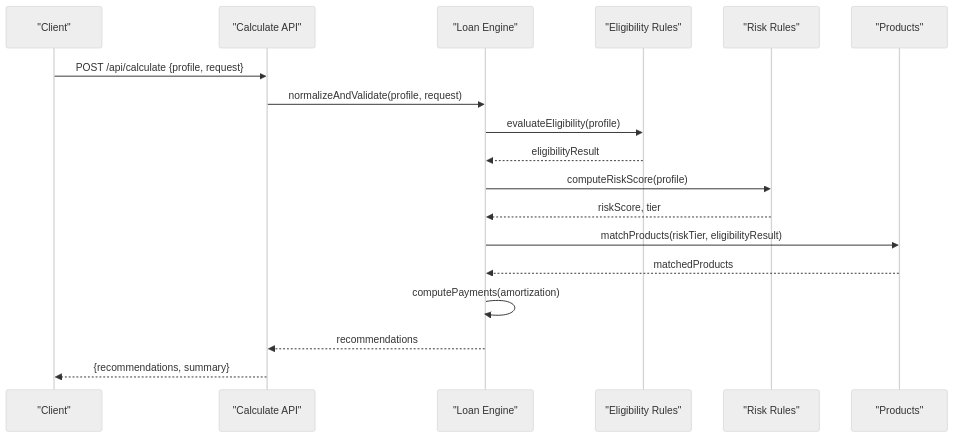
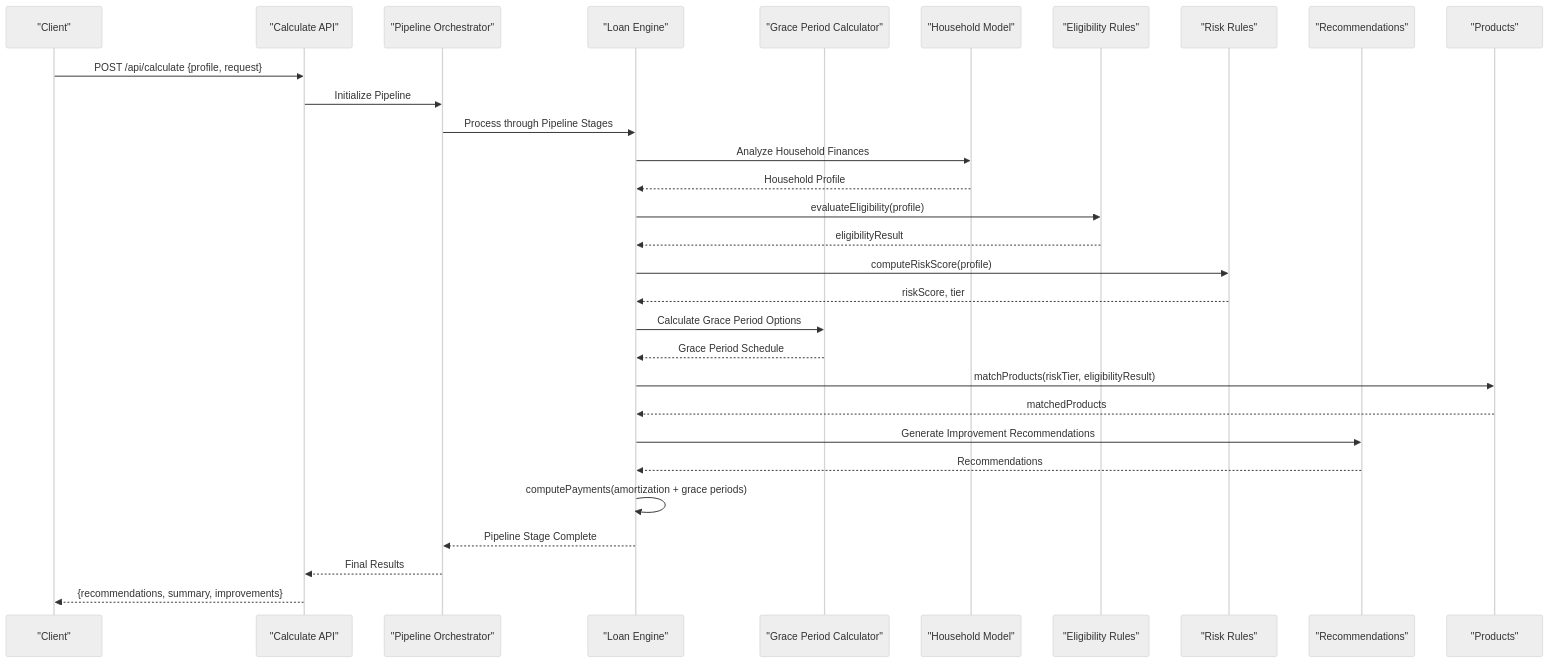
The second of 13 diagrams in .qoder/repowiki/en/content/Loan Engine/Loan Engine.md (alibaba-hackathon-fsi/frontend-vaya), drawn with Mermaid (neutral theme) before and after one commit. The commit also changed other lines of this file and 77 other files, not shown here.

````diff
--- a/.qoder/repowiki/en/content/Loan Engine/Loan Engine.md
+++ b/.qoder/repowiki/en/content/Loan Engine/Loan Engine.md
@@ -113,20 +140,32 @@
 ```mermaid
 sequenceDiagram
 participant C as "Client"
 participant A as "Calculate API"
+participant P as "Pipeline Orchestrator"
 participant E as "Loan Engine"
+participant G as "Grace Period Calculator"
+participant H as "Household Model"
 participant R as "Eligibility Rules"
 participant K as "Risk Rules"
-participant P as "Products"
+participant M as "Recommendations"
+participant Q as "Products"
 C->>A : POST /api/calculate {profile, request}
-A->>E : normalizeAndValidate(profile, request)
+A->>P : Initialize Pipeline
+P->>E : Process through Pipeline Stages
+E->>H : Analyze Household Finances
+H-->>E : Household Profile
 E->>R : evaluateEligibility(profile)
 R-->>E : eligibilityResult
 E->>K : computeRiskScore(profile)
 K-->>E : riskScore, tier
-E->>P : matchProducts(riskTier, eligibilityResult)
-P-->>E : matchedProducts
-E->>E : computePayments(amortization)
-E-->>A : recommendations
-A-->>C : {recommendations, summary}
+E->>G : Calculate Grace Period Options
+G-->>E : Grace Period Schedule
+E->>Q : matchProducts(riskTier, eligibilityResult)
+Q-->>E : matchedProducts
+E->>M : Generate Improvement Recommendations
+M-->>E : Recommendations
+E->>E : computePayments(amortization + grace periods)
+E-->>P : Pipeline Stage Complete
+P-->>A : Final Results
+A-->>C : {recommendations, summary, improvements}
 ```
````
